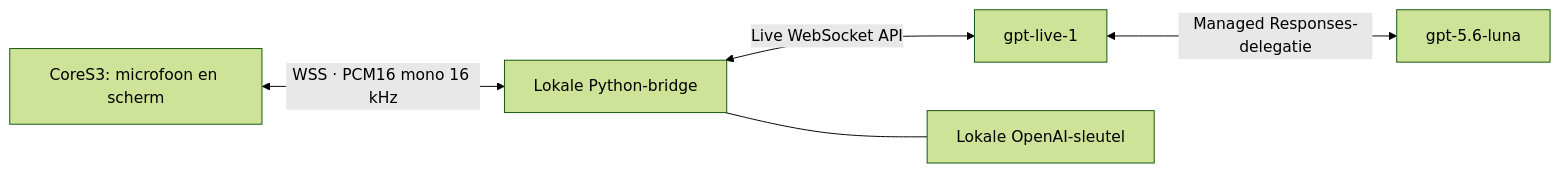
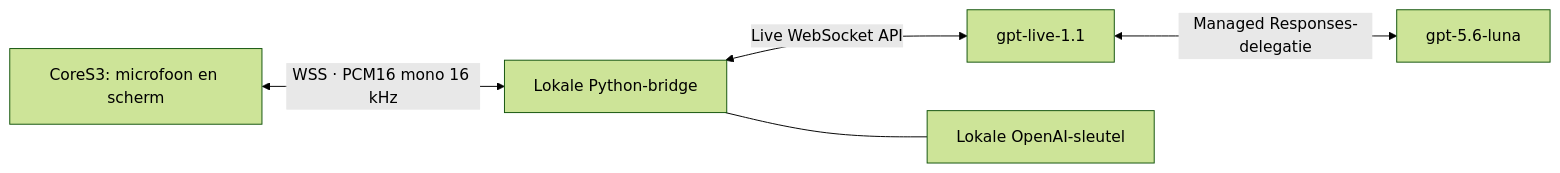
The diagram in README.md (renehagen/StackChan), drawn with Mermaid (forest theme) before and after one commit. The commit also changed other lines of this file and 13 other files, not shown here.

````diff
--- a/README.md
+++ b/README.md
@@ -28,7 +33,7 @@
 ```mermaid
 flowchart LR
     A[CoreS3: microfoon en scherm] <-->|WSS · PCM16 mono 16 kHz| B[Lokale Python-bridge]
-    B <-->|Live WebSocket API| C[gpt-live-1]
+    B <-->|Live WebSocket API| C[gpt-live-1.1]
     C <-->|Managed Responses-delegatie| D[gpt-5.6-luna]
     B --- E[Lokale OpenAI-sleutel]
 ```
````
